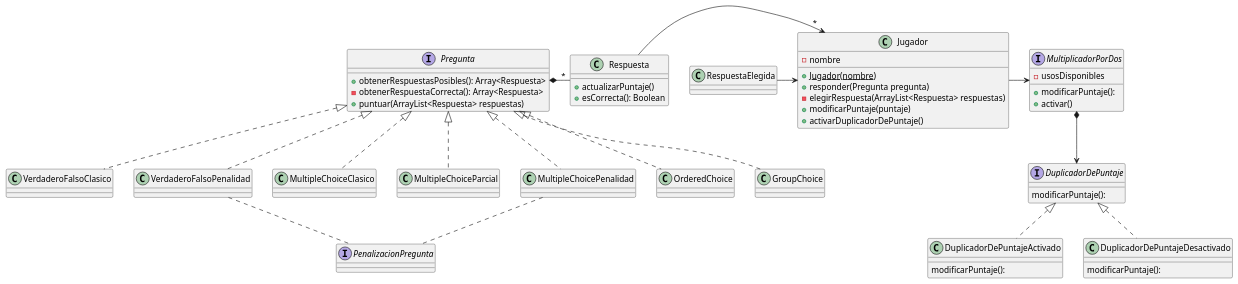
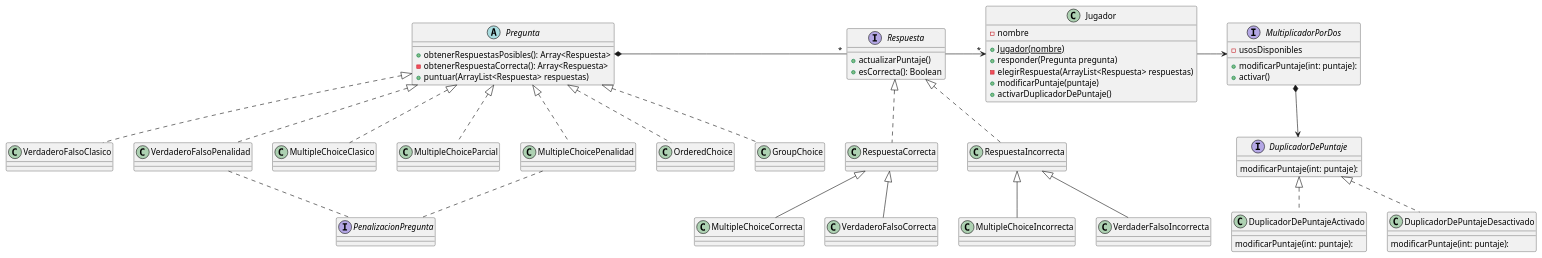
One commit to lorenzocabirta7/TP2-Algoritmos-y-Programacion-III changed the diagram in out/production/TP2-Algoritmos-y-Programacion-III/diagramas/Diagrama de Clases Entrega1.puml. Above: the diagram before and after it, drawn with PlantUML. The commit also changed 24 other files, not shown here.

```diff
--- a/out/production/TP2-Algoritmos-y-Programacion-III/diagramas/Diagrama de Clases Entrega1.puml
+++ b/out/production/TP2-Algoritmos-y-Programacion-III/diagramas/Diagrama de Clases Entrega1.puml
@@ -1,103 +1,121 @@
 @startuml
 'https://plantuml.com/class-diagram'
 
 
 class Jugador {
 
     -nombre
     +{static}Jugador(nombre)
     +responder(Pregunta pregunta)
     -elegirRespuesta(ArrayList<Respuesta> respuestas)
     +modificarPuntaje(puntaje)
     +activarDuplicadorDePuntaje()
 }
 
 
-interface Pregunta {
+abstract class Pregunta {
     +obtenerRespuestasPosibles(): Array<Respuesta>
     -obtenerRespuestaCorrecta(): Array<Respuesta>
     + puntuar(ArrayList<Respuesta> respuestas)
 }
 
 interface MultiplicadorPorDos {
     - usosDisponibles
-    + modificarPuntaje():
+    + modificarPuntaje(int: puntaje):
     + activar()
 }
 
 
 interface DuplicadorDePuntaje {
-    modificarPuntaje():
+    modificarPuntaje(int: puntaje):
 }
 
 class DuplicadorDePuntajeActivado implements DuplicadorDePuntaje {
-    modificarPuntaje():
+    modificarPuntaje(int: puntaje):
 }
 
 class DuplicadorDePuntajeDesactivado implements DuplicadorDePuntaje {
-    modificarPuntaje():
+    modificarPuntaje(int: puntaje):
 }
 class VerdaderoFalsoClasico {
 
 }
 
 class VerdaderoFalsoPenalidad {
 
 }
 
 class MultipleChoiceClasico {
 
 }
 
 class MultipleChoiceParcial {
 
 }
 
 class MultipleChoicePenalidad {
 
 }
 
 class OrderedChoice {
 
 }
 
 class GroupChoice {
 
 }
 
 interface PenalizacionPregunta {
 
 }
 
-class Respuesta{
+interface Respuesta{
     +actualizarPuntaje()
     +esCorrecta(): Boolean
 }
 
-class RespuestaElegida{
+class RespuestaCorrecta implements Respuesta{
+}
+
+class MultipleChoiceCorrecta extends RespuestaCorrecta{
 
 }
+
+class VerdaderoFalsoCorrecta extends RespuestaCorrecta{
+
+}
+
+
+
+class RespuestaIncorrecta implements Respuesta{
+}
+
+class MultipleChoiceIncorrecta extends RespuestaIncorrecta{
+
+}
+
+class VerdaderFalsoIncorrecta extends RespuestaIncorrecta{
+
+}
+
 
 MultiplicadorPorDos *--> DuplicadorDePuntaje
 
 
 Pregunta *-"*"Respuesta
 
 Pregunta <|.. VerdaderoFalsoClasico
 Pregunta <|.. VerdaderoFalsoPenalidad
 Pregunta <|.. MultipleChoiceClasico
 Pregunta <|.. MultipleChoiceParcial
 Pregunta <|.. MultipleChoicePenalidad
 Pregunta <|.. OrderedChoice
 Pregunta <|.. GroupChoice
 
-RespuestaElegida -> Jugador
-
-
 Jugador -> MultiplicadorPorDos
 Respuesta ->"*" Jugador
 
 VerdaderoFalsoPenalidad .. PenalizacionPregunta
 MultipleChoicePenalidad.. PenalizacionPregunta
 
 @enduml
```
